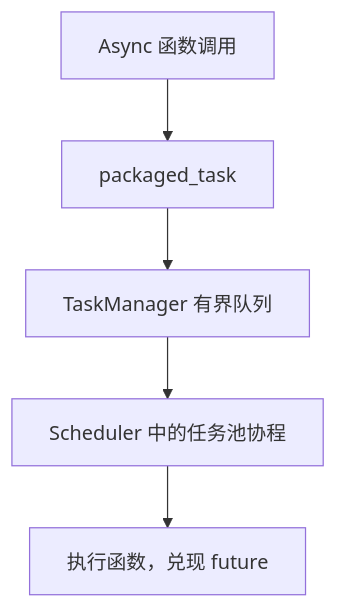
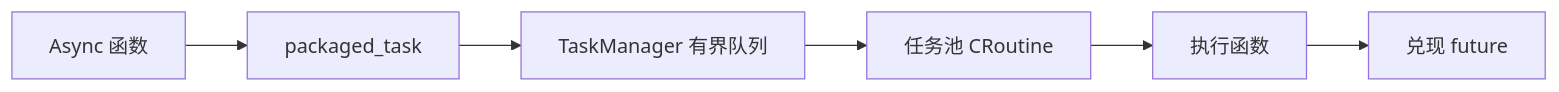
One commit to jzh03/cpp_MINI-CyberRT changed the tenth of 13 diagrams in doc/architecture.md. Above: the diagram before and after it, drawn with Mermaid. The commit also changed other lines of this file and 13 other files, not shown here.

````diff
--- a/doc/architecture.md
+++ b/doc/architecture.md
@@ -467,7 +342,8 @@
 ```mermaid
-flowchart TB
-    A[Async 函数调用] --> PKG[packaged_task]
-    PKG --> Q[TaskManager 有界队列]
-    Q --> CO[Scheduler 中的任务池协程]
-    CO --> RUN[执行函数，兑现 future]
+flowchart LR
+    A[Async 函数] --> P[packaged_task]
+    P --> Q[TaskManager 有界队列]
+    Q --> R[任务池 CRoutine]
+    R --> E[执行函数]
+    E --> F[兑现 future]
 ```
````
